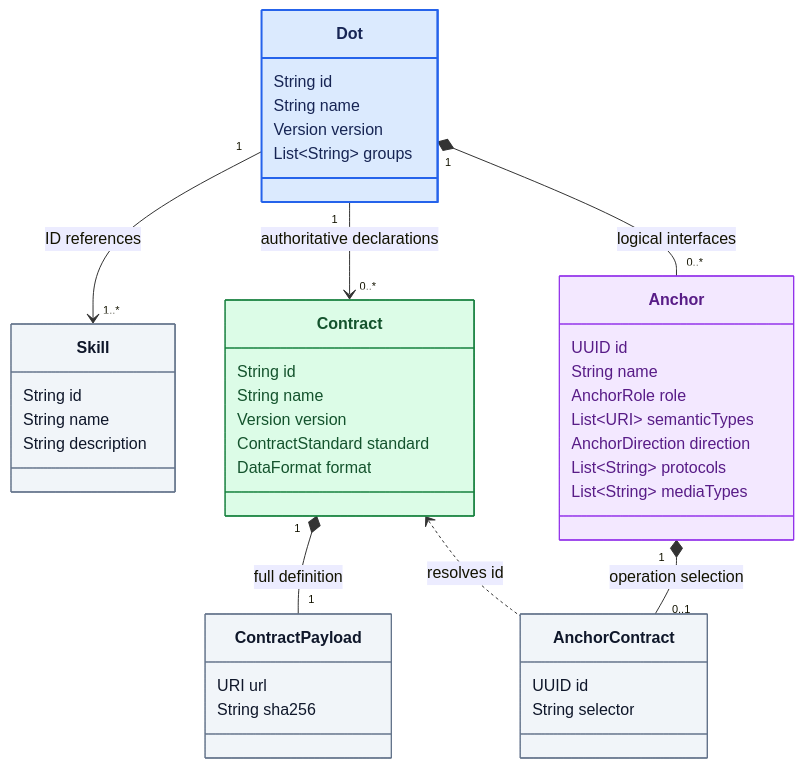
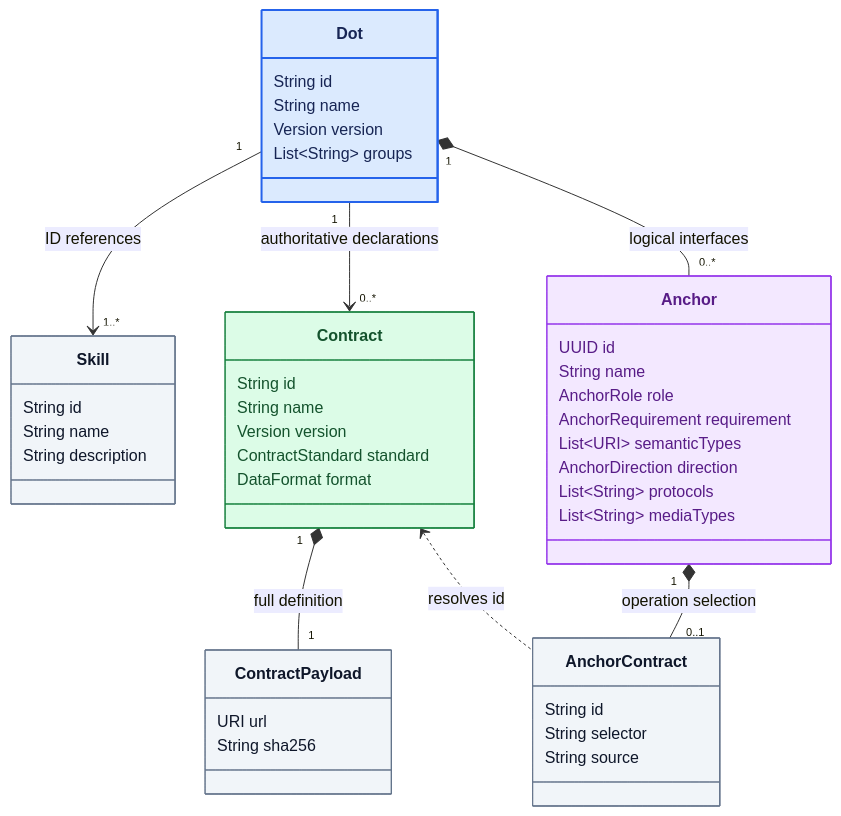
One commit to MARE-EU-Project/DOT-Docs changed the diagram in DOT-Design/next/dot-design/_attachments/diagrams/domain-interfaces.mmd. Above: the diagram before and after it, drawn with Mermaid. The commit also changed 10 other files, not shown here.

```diff
--- a/DOT-Design/next/dot-design/_attachments/diagrams/domain-interfaces.mmd
+++ b/DOT-Design/next/dot-design/_attachments/diagrams/domain-interfaces.mmd
@@ -1,54 +1,56 @@
 classDiagram
   direction TB
   accTitle: DOT identity and interoperable interfaces
   accDescr: A DOT references Skills, declares Contracts, and owns Anchors. Complete Contracts use HTTPS payloads pinned by SHA-256. Contract-backed Anchors select operations by Contract ID and selector.
 
   class Dot {
     String id
     String name
     Version version
     List~String~ groups
   }
   class Skill {
     String id
     String name
     String description
   }
   class Contract {
     String id
     String name
     Version version
     ContractStandard standard
     DataFormat format
   }
   class ContractPayload {
     URI url
     String sha256
   }
   class Anchor {
     UUID id
     String name
     AnchorRole role
+    AnchorRequirement requirement
     List~URI~ semanticTypes
     AnchorDirection direction
     List~String~ protocols
     List~String~ mediaTypes
   }
   class AnchorContract {
-    UUID id
+    String id
     String selector
+    String source
   }
 
   Dot "1" --> "1..*" Skill : ID references
   Dot "1" --> "0..*" Contract : authoritative declarations
   Dot "1" *-- "0..*" Anchor : logical interfaces
   Contract "1" *-- "1" ContractPayload : full definition
   Anchor "1" *-- "0..1" AnchorContract : operation selection
   Contract <.. AnchorContract : resolves id
 
   style Dot fill:#dbeafe,stroke:#2563eb,color:#172554,stroke-width:2px
   style Skill fill:#f1f5f9,stroke:#64748b,color:#0f172a
   style ContractPayload fill:#f1f5f9,stroke:#64748b,color:#0f172a
   style AnchorContract fill:#f1f5f9,stroke:#64748b,color:#0f172a
   style Contract fill:#dcfce7,stroke:#15803d,color:#14532d
   style Anchor fill:#f3e8ff,stroke:#9333ea,color:#581c87
```
